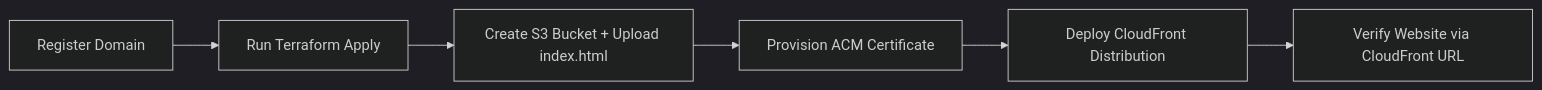
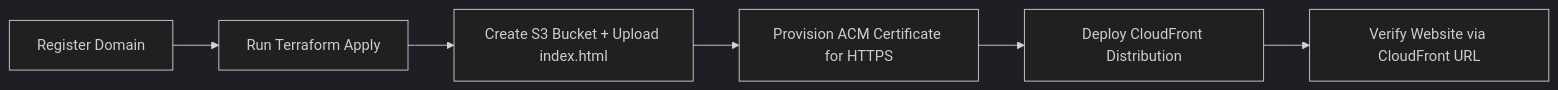
Before and after one commit to mamonaco1973/aws-website: the diagram in README.md, drawn with Mermaid (dark theme).

Commit message:
work on README.md

````diff
--- a/README.md
+++ b/README.md
@@ -30,8 +30,8 @@
 ```mermaid
 flowchart LR
     A[Register Domain] --> B[Run Terraform Apply]
     B --> C[Create S3 Bucket + Upload index.html]
-    C --> D[Provision ACM Certificate]
+    C --> D[Provision ACM Certificate for HTTPS]
     D --> E[Deploy CloudFront Distribution]
     E --> F[Verify Website via CloudFront URL]
 ```
````
